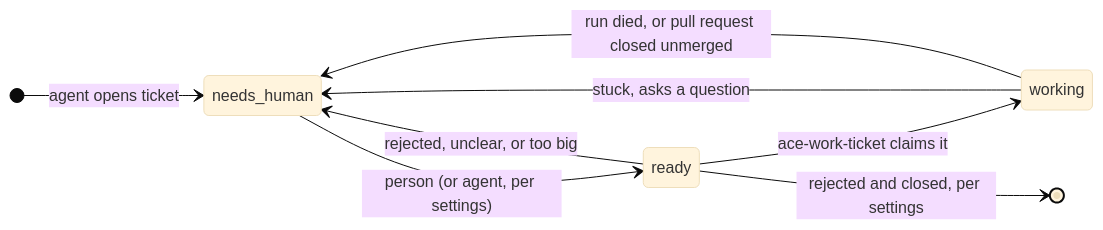
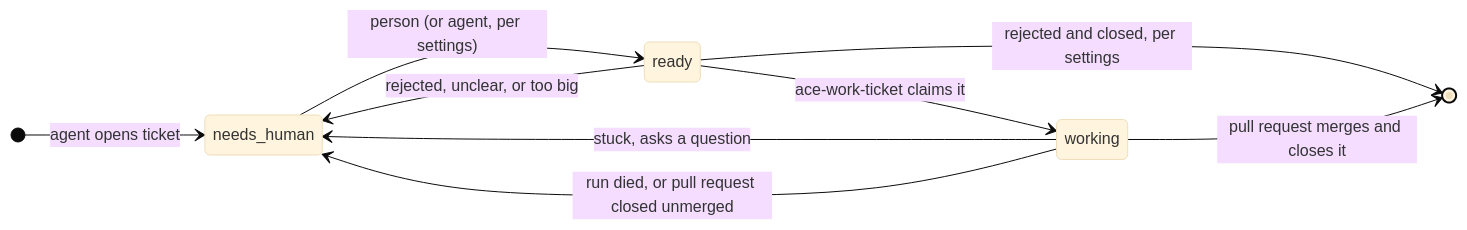
The second of 2 diagrams in README.md (tobimey/ace), drawn with Mermaid (base theme) before and after one commit. The commit also changed other lines of this file, not shown here.

````diff
--- a/README.md
+++ b/README.md
@@ -178,11 +143,12 @@
 ```mermaid
 stateDiagram-v2
     direction LR
     [*] --> needs_human: agent opens ticket
     needs_human --> ready: person (or agent, per settings)
     ready --> working: ace-work-ticket claims it
     ready --> needs_human: rejected, unclear, or too big
     ready --> [*]: rejected and closed, per settings
     working --> needs_human: stuck, asks a question
     working --> needs_human: run died, or pull request closed unmerged
+    working --> [*]: pull request merges and closes it
 ```
````
